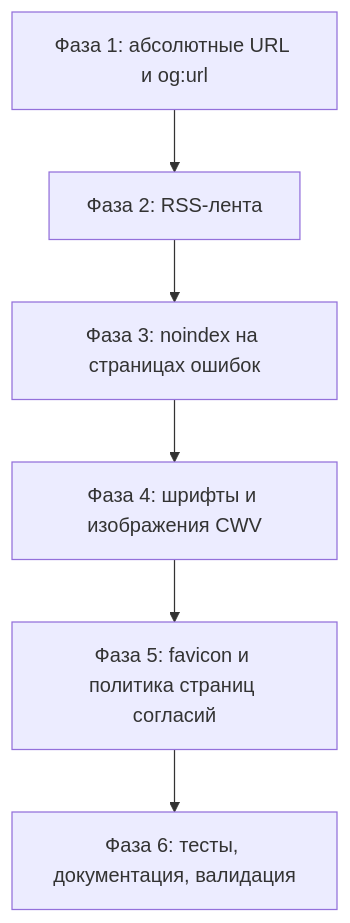
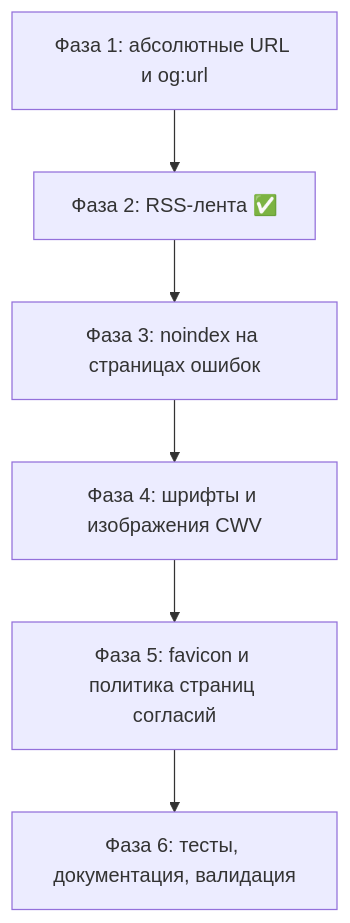
The diagram in plans/seo-optimization-next.md (alexchasx/laravel-orchid-blog), drawn with Mermaid before and after one commit. The commit also changed other lines of this file and 4 other files, not shown here.

Commit message:
seo-optimization-next: фаза 2 (rss)

````diff
--- a/plans/seo-optimization-next.md
+++ b/plans/seo-optimization-next.md
@@ -61,8 +62,8 @@
 ```mermaid
 flowchart TD
-    A[Фаза 1: абсолютные URL и og:url] --> B[Фаза 2: RSS-лента]
+    A[Фаза 1: абсолютные URL и og:url] --> B[Фаза 2: RSS-лента ✅]
     B --> C[Фаза 3: noindex на страницах ошибок]
     C --> D[Фаза 4: шрифты и изображения CWV]
     D --> E[Фаза 5: favicon и политика страниц согласий]
     E --> F[Фаза 6: тесты, документация, валидация]
 ```
````
